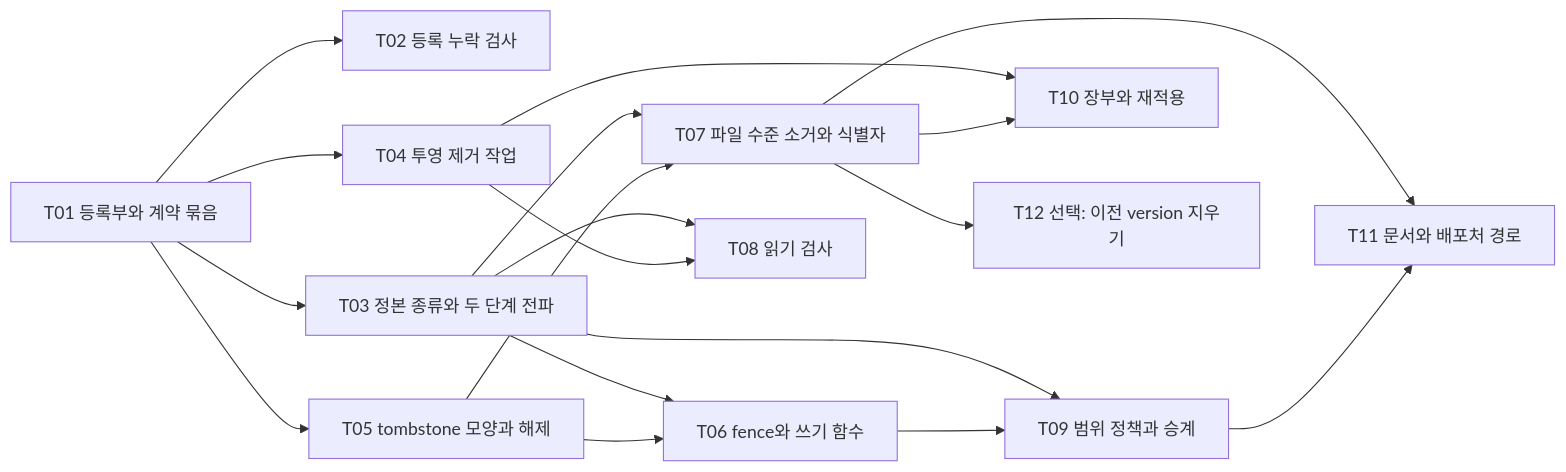
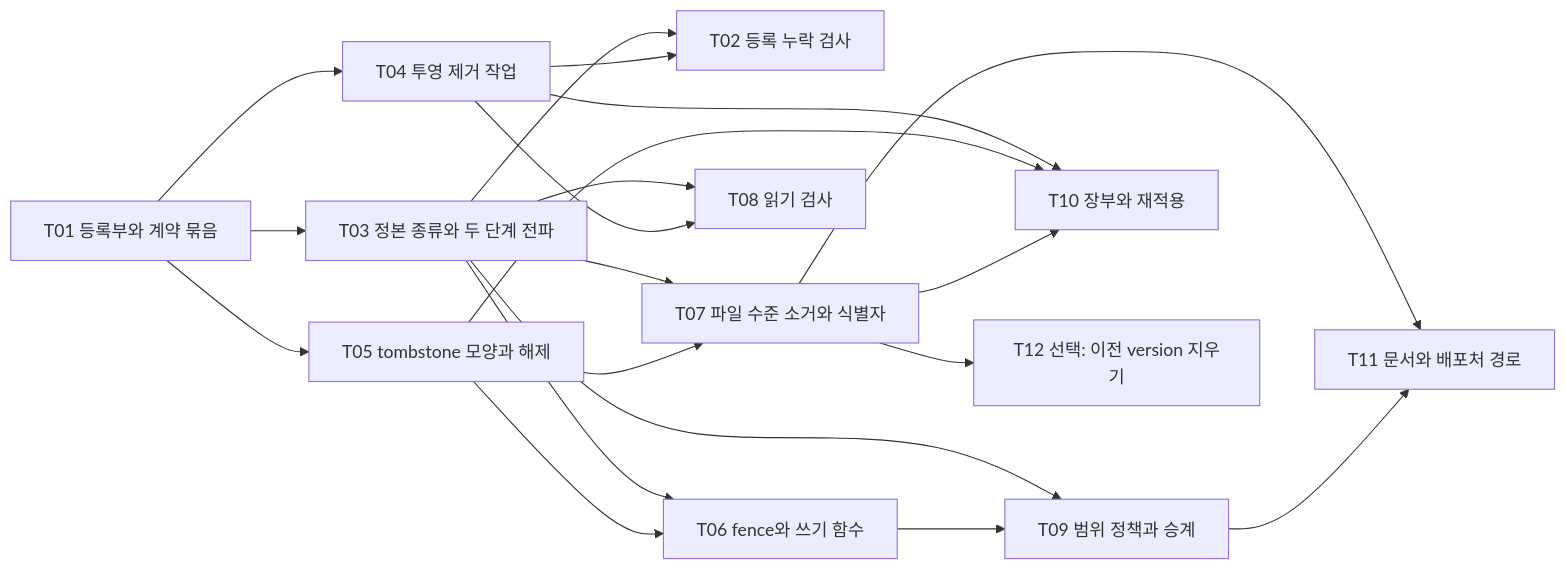
The third of 3 diagrams in docs/specs/2026-11-21-I04-invalidation.md (nohdol97/PKI), drawn with Mermaid before and after one commit. The commit also changed other lines of this file, not shown here.

````diff
--- a/docs/specs/2026-11-21-I04-invalidation.md
+++ b/docs/specs/2026-11-21-I04-invalidation.md
@@ -374,20 +388,22 @@
 ```mermaid
 flowchart LR
-  T01["T01 등록부와 계약 묶음"] --> T02["T02 등록 누락 검사"]
-  T01 --> T03["T03 정본 종류와 두 단계 전파"]
+  T01["T01 등록부와 계약 묶음"] --> T03["T03 정본 종류와 두 단계 전파"]
   T01 --> T04["T04 투영 제거 작업"]
+  T03 --> T02["T02 등록 누락 검사"]
+  T04 --> T02
   T01 --> T05["T05 tombstone 모양과 해제"]
   T03 --> T06["T06 fence와 쓰기 함수"]
   T05 --> T06
   T03 --> T07["T07 파일 수준 소거와 식별자"]
   T05 --> T07
   T03 --> T08["T08 읽기 검사"]
   T04 --> T08
   T03 --> T09["T09 범위 정책과 승계"]
   T06 --> T09
   T04 --> T10["T10 장부와 재적용"]
+  T05 --> T10
   T07 --> T10
   T07 --> T11["T11 문서와 배포처 경로"]
   T09 --> T11
   T07 --> T12["T12 선택: 이전 version 지우기"]
 ```
````
